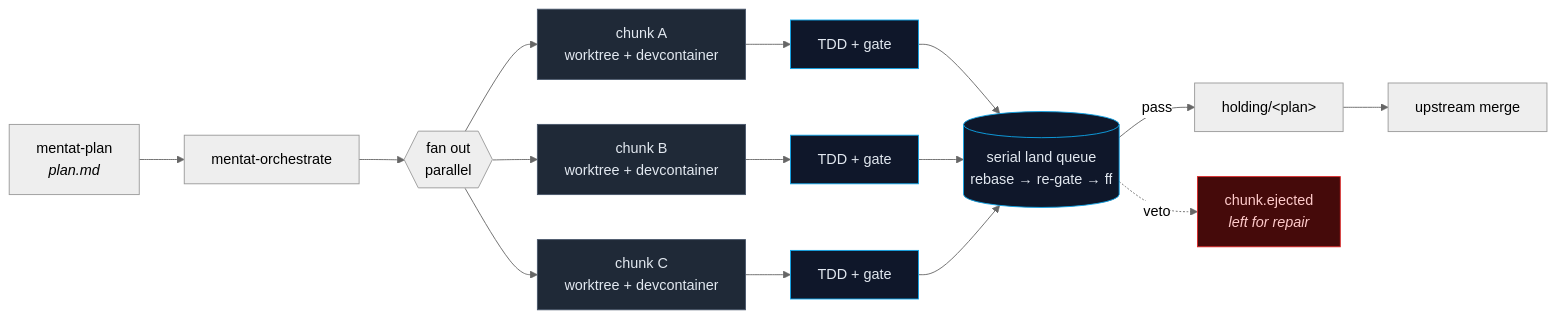
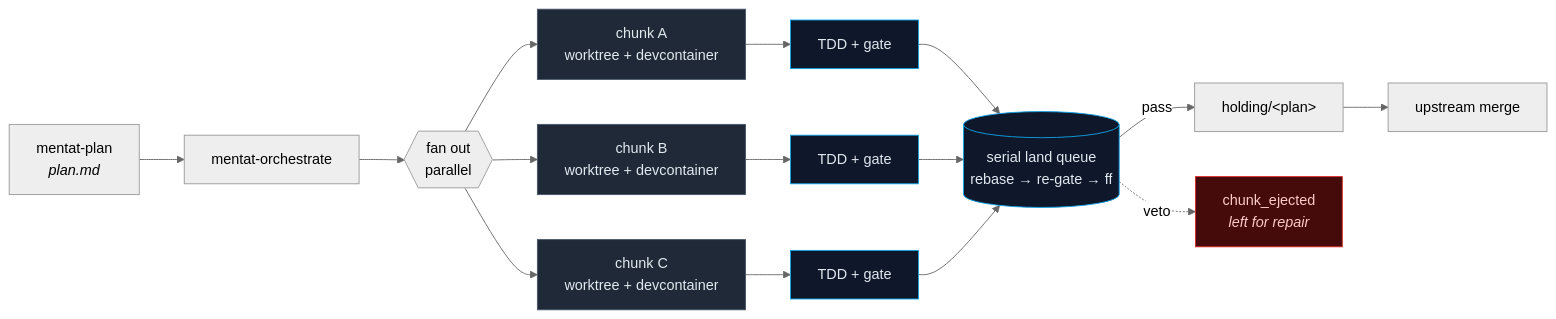
One commit to matheushenriquefs/mentat changed the diagram in README.md. Above: the diagram before and after it, drawn with Mermaid (neutral theme). The commit also changed other lines of this file and 25 other files, not shown here.

````diff
--- a/README.md
+++ b/README.md
@@ -43,24 +43,24 @@
 ```mermaid
 flowchart LR
     P["mentat-plan<br/><i>plan.md</i>"] --> O["mentat-orchestrate"]
     O --> F{{"fan out<br/>parallel"}}
     F --> C1["chunk A<br/>worktree + devcontainer"]
     F --> C2["chunk B<br/>worktree + devcontainer"]
     F --> C3["chunk C<br/>worktree + devcontainer"]
     C1 --> G1["TDD + gate"]
     C2 --> G2["TDD + gate"]
     C3 --> G3["TDD + gate"]
     G1 --> Q[("serial land queue<br/>rebase → re-gate → ff")]
     G2 --> Q
     G3 --> Q
     Q -->|pass| H["holding/&lt;plan&gt;"]
-    Q -.->|veto| E["chunk.ejected<br/><i>left for repair</i>"]
+    Q -.->|veto| E["chunk_ejected<br/><i>left for repair</i>"]
     H --> M["upstream merge"]
 
     classDef chunk fill:#1f2937,stroke:#475569,color:#e2e8f0
     classDef gate fill:#0f172a,stroke:#0ea5e9,color:#e2e8f0
     classDef eject fill:#450a0a,stroke:#dc2626,color:#fecaca
     class C1,C2,C3 chunk
     class G1,G2,G3,Q gate
     class E eject
 ```
````
